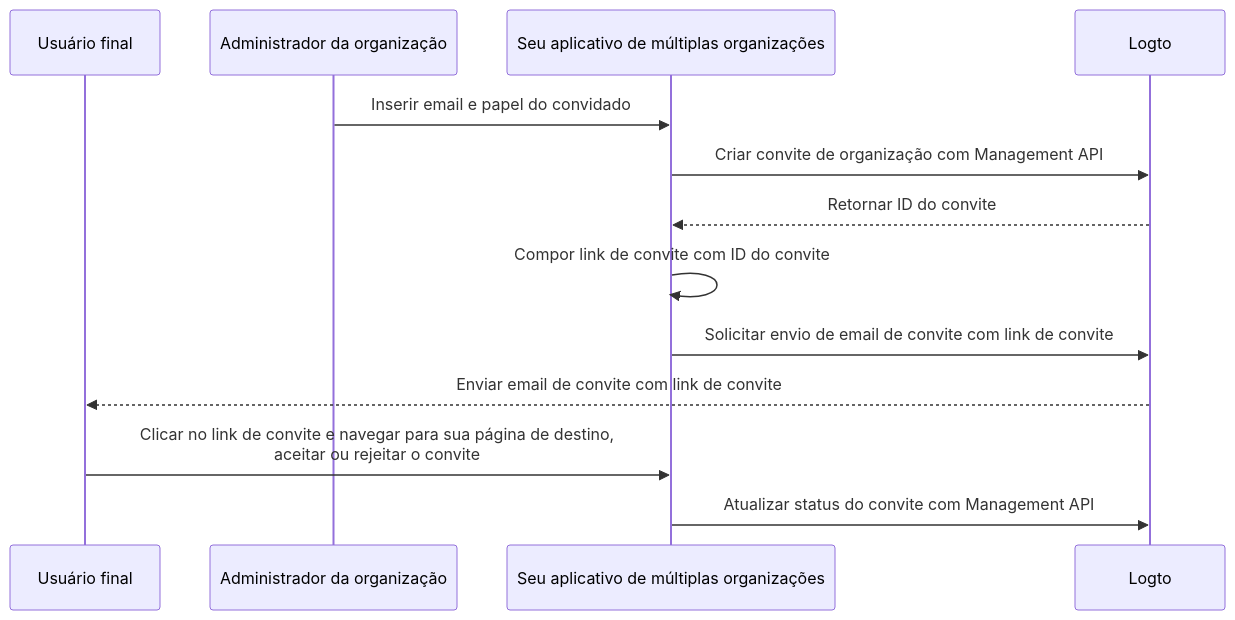
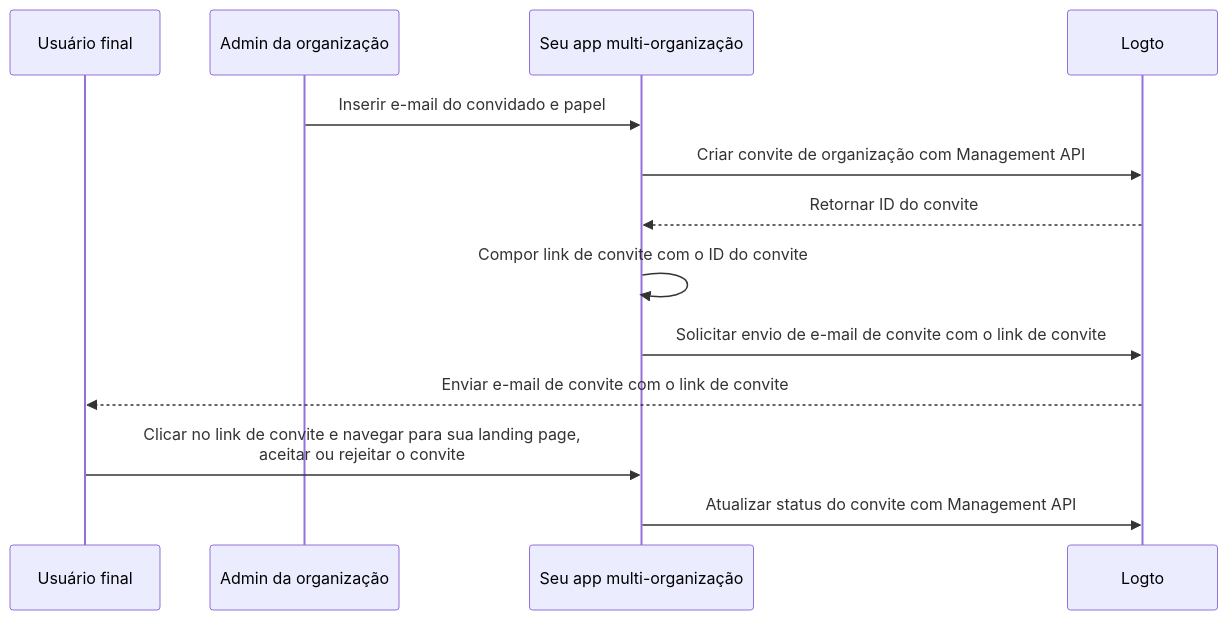
One commit to logto-io/docs changed the diagram in i18n/pt-BR/docusaurus-plugin-content-docs/current/end-user-flows/organization-experience/invite-organization-members.mdx. Above: the diagram before and after it, drawn with Mermaid. The commit also changed other lines of this file and 357 other files, not shown here.

````diff
--- a/i18n/pt-BR/docusaurus-plugin-content-docs/current/end-user-flows/organization-experience/invite-organization-members.mdx
+++ b/i18n/pt-BR/docusaurus-plugin-content-docs/current/end-user-flows/organization-experience/invite-organization-members.mdx
@@ -13,16 +13,16 @@
 ```mermaid
 sequenceDiagram
 	Participant U as Usuário final
-  Participant A as Administrador da organização
-  Participant C as Seu aplicativo de múltiplas organizações
+  Participant A as Admin da organização
+  Participant C as Seu app multi-organização
 	Participant L as Logto
 
-  A ->> C: Inserir email e papel do convidado
+  A ->> C: Inserir e-mail do convidado e papel
   C ->> L: Criar convite de organização com Management API
   L -->> C: Retornar ID do convite
-  C ->> C: Compor link de convite com ID do convite
-  C ->> L: Solicitar envio de email de convite com link de convite
-  L -->> U: Enviar email de convite com link de convite
-  U ->> C: Clicar no link de convite e navegar para sua página de destino,<br /> aceitar ou rejeitar o convite
+  C ->> C: Compor link de convite com o ID do convite
+  C ->> L: Solicitar envio de e-mail de convite com o link de convite
+  L -->> U: Enviar e-mail de convite com o link de convite
+  U ->> C: Clicar no link de convite e navegar para sua landing page,<br /> aceitar ou rejeitar o convite
   C ->> L: Atualizar status do convite com Management API
 ```
````
